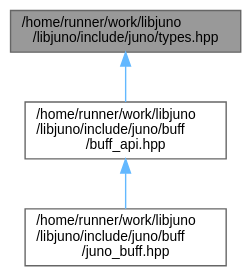
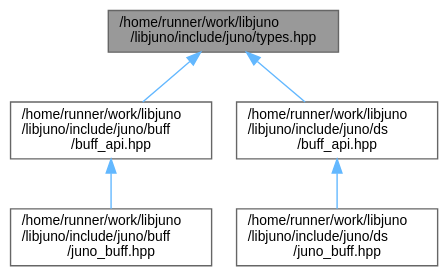
Before and after one commit to robinonsay/libjuno: the diagram in types_8hpp__dep__incl.dot, drawn with Graphviz. The commit also changed 174 other files, not shown here.

```diff
--- a/types_8hpp__dep__incl.dot
+++ b/types_8hpp__dep__incl.dot
@@ -1,12 +1,16 @@
 digraph "/home/runner/work/libjuno/libjuno/include/juno/types.hpp"
 {
  // LATEX_PDF_SIZE
   bgcolor="transparent";
   edge [fontname=Helvetica,fontsize=10,labelfontname=Helvetica,labelfontsize=10];
   node [fontname=Helvetica,fontsize=10,shape=box,height=0.2,width=0.4];
   Node1 [id="Node000001",label="/home/runner/work/libjuno\l/libjuno/include/juno/types.hpp",height=0.2,width=0.4,color="gray40", fillcolor="grey60", style="filled", fontcolor="black",tooltip=" "];
   Node1 -> Node2 [id="edge1_Node000001_Node000002",dir="back",color="steelblue1",style="solid",tooltip=" "];
-  Node2 [id="Node000002",label="/home/runner/work/libjuno\l/libjuno/include/juno/buff\l/buff_api.hpp",height=0.2,width=0.4,color="grey40", fillcolor="white", style="filled",URL="$buff__api_8hpp.html",tooltip=" "];
+  Node2 [id="Node000002",label="/home/runner/work/libjuno\l/libjuno/include/juno/buff\l/buff_api.hpp",height=0.2,width=0.4,color="grey40", fillcolor="white", style="filled",URL="$buff_2buff__api_8hpp.html",tooltip=" "];
   Node2 -> Node3 [id="edge2_Node000002_Node000003",dir="back",color="steelblue1",style="solid",tooltip=" "];
-  Node3 [id="Node000003",label="/home/runner/work/libjuno\l/libjuno/include/juno/buff\l/juno_buff.hpp",height=0.2,width=0.4,color="grey40", fillcolor="white", style="filled",URL="$juno__buff_8hpp.html",tooltip=" "];
+  Node3 [id="Node000003",label="/home/runner/work/libjuno\l/libjuno/include/juno/buff\l/juno_buff.hpp",height=0.2,width=0.4,color="grey40", fillcolor="white", style="filled",URL="$buff_2juno__buff_8hpp.html",tooltip=" "];
+  Node1 -> Node4 [id="edge3_Node000001_Node000004",dir="back",color="steelblue1",style="solid",tooltip=" "];
+  Node4 [id="Node000004",label="/home/runner/work/libjuno\l/libjuno/include/juno/ds\l/buff_api.hpp",height=0.2,width=0.4,color="grey40", fillcolor="white", style="filled",URL="$ds_2buff__api_8hpp.html",tooltip=" "];
+  Node4 -> Node5 [id="edge4_Node000004_Node000005",dir="back",color="steelblue1",style="solid",tooltip=" "];
+  Node5 [id="Node000005",label="/home/runner/work/libjuno\l/libjuno/include/juno/ds\l/juno_buff.hpp",height=0.2,width=0.4,color="grey40", fillcolor="white", style="filled",URL="$ds_2juno__buff_8hpp.html",tooltip=" "];
 }
```
